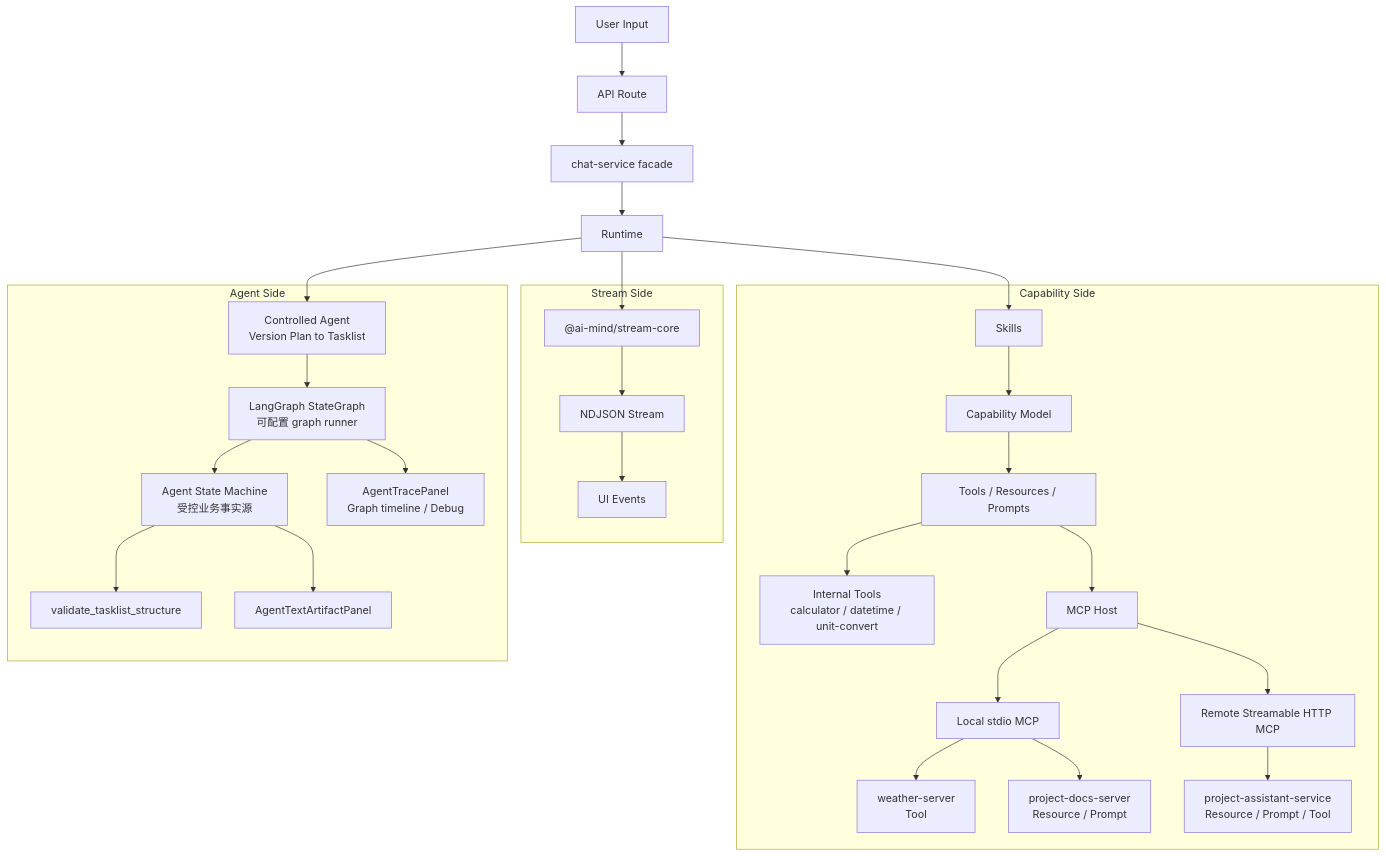
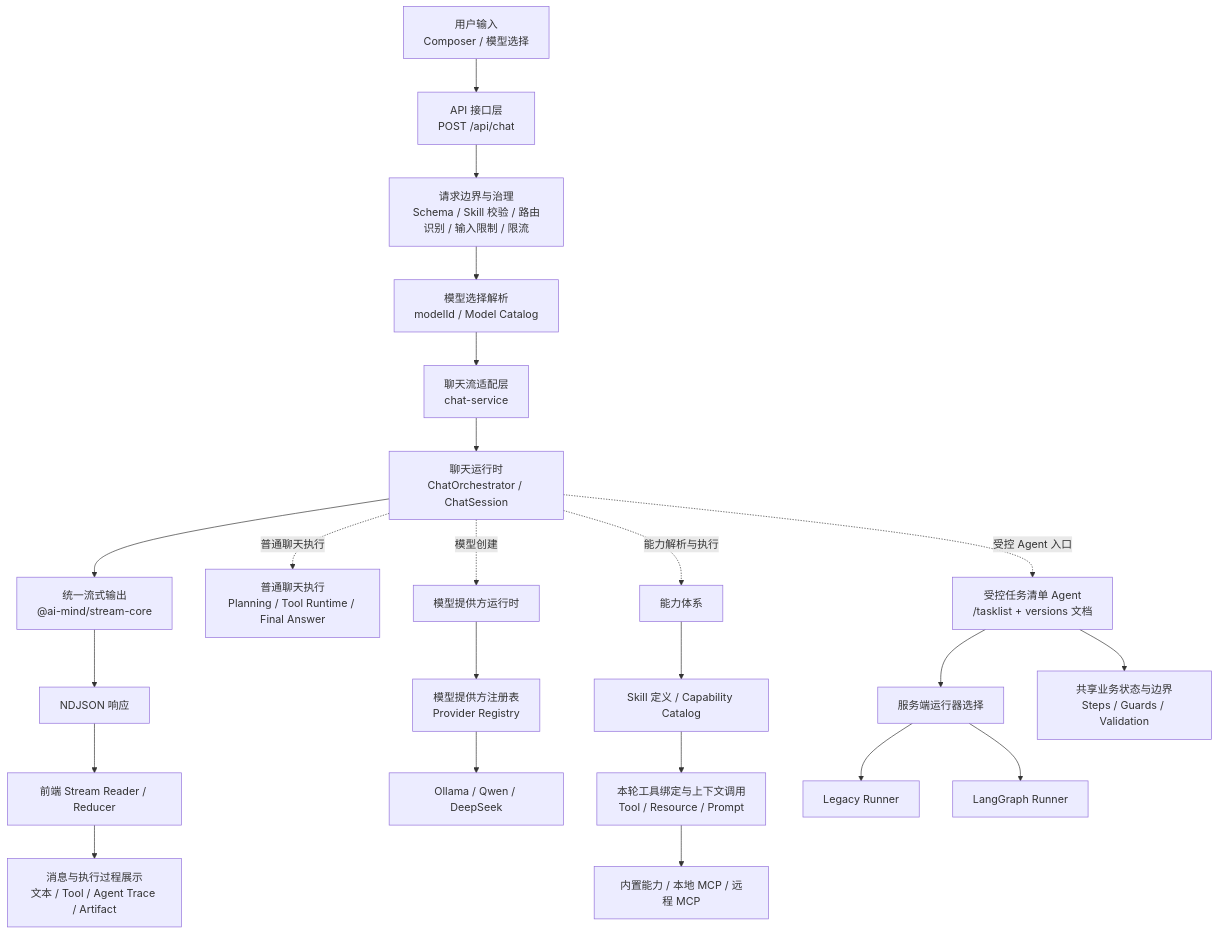
The diagram in README.md (HWYD/ai-mind), drawn with Mermaid before and after one commit. The commit also changed other lines of this file and 100 other files, not shown here.

````diff
--- a/README.md
+++ b/README.md
@@ -58,35 +58,30 @@
 ```mermaid
 flowchart TD
-    A["User Input"] --> B["API Route"]
-    B --> C["chat-service facade"]
-    C --> D["Runtime"]
+    INPUT["用户输入<br/>Composer / 模型选择"] --> API["API 接口层<br/>POST /api/chat"]
+    API --> GUARD["请求边界与治理<br/>Schema / Skill 校验 / 路由识别 / 输入限制 / 限流"]
+    GUARD --> SELECT["模型选择解析<br/>modelId / Model Catalog"]
+    SELECT --> SERVICE["聊天流适配层<br/>chat-service"]
+    SERVICE --> RUNTIME["聊天运行时<br/>ChatOrchestrator / ChatSession"]
 
-    subgraph Capability["Capability Side"]
-        S["Skills"] --> CM["Capability Model"]
-        CM --> CAP["Tools / Resources / Prompts"]
-        CAP --> IT["Internal Tools<br/>calculator / datetime / unit-convert"]
-        CAP --> MCP["MCP Host"]
-        MCP --> LM["Local stdio MCP"]
-        LM --> W["weather-server<br/>Tool"]
-        LM --> PD["project-docs-server<br/>Resource / Prompt"]
-        MCP --> RM["Remote Streamable HTTP MCP"]
-        RM --> PAS["project-assistant-service<br/>Resource / Prompt / Tool"]
-    end
+    RUNTIME --> STREAM["统一流式输出<br/>@ai-mind/stream-core"]
+    STREAM --> NDJSON["NDJSON 响应"]
+    NDJSON --> CONSUMER["前端 Stream Reader / Reducer"]
+    CONSUMER --> VIEW["消息与执行过程展示<br/>文本 / Tool / Agent Trace / Artifact"]
 
-    subgraph Stream["Stream Side"]
-        SC["@ai-mind/stream-core"] --> NS["NDJSON Stream"]
-        NS --> UI["UI Events"]
-    end
+    RUNTIME -. 普通聊天执行 .-> CHAT["普通聊天执行<br/>Planning / Tool Runtime / Final Answer"]
 
-    subgraph Agent["Agent Side"]
-        AG["Controlled Agent<br/>Version Plan to Tasklist"] --> GR["LangGraph StateGraph<br/>可配置 graph runner"]
-        GR --> AS["Agent State Machine<br/>受控业务事实源"]
-        AS --> QG["validate_tasklist_structure"]
-        GR --> AT["AgentTracePanel<br/>Graph timeline / Debug"]
-        AS --> ART["AgentTextArtifactPanel"]
-    end
+    RUNTIME -. 模型创建 .-> MODEL["模型提供方运行时"]
+    MODEL --> REGISTRY["模型提供方注册表<br/>Provider Registry"]
+    REGISTRY --> PROVIDERS["Ollama / Qwen / DeepSeek"]
 
-    D --> S
-    D --> SC
-    D --> AG
+    RUNTIME -. 能力解析与执行 .-> CAPABILITY["能力体系"]
+    CAPABILITY --> DEFINITION["Skill 定义 / Capability Catalog"]
+    DEFINITION --> BINDING["本轮工具绑定与上下文调用<br/>Tool / Resource / Prompt"]
+    BINDING --> SOURCES["内置能力 / 本地 MCP / 远程 MCP"]
+
+    RUNTIME -. 受控 Agent 入口 .-> AGENT["受控任务清单 Agent<br/>/tasklist + versions 文档"]
+    AGENT --> SELECTOR["服务端运行器选择"]
+    SELECTOR --> LEGACY["Legacy Runner"]
+    SELECTOR --> GRAPH["LangGraph Runner"]
+    AGENT --> SHARED["共享业务状态与边界<br/>Steps / Guards / Validation"]
 ```
````
